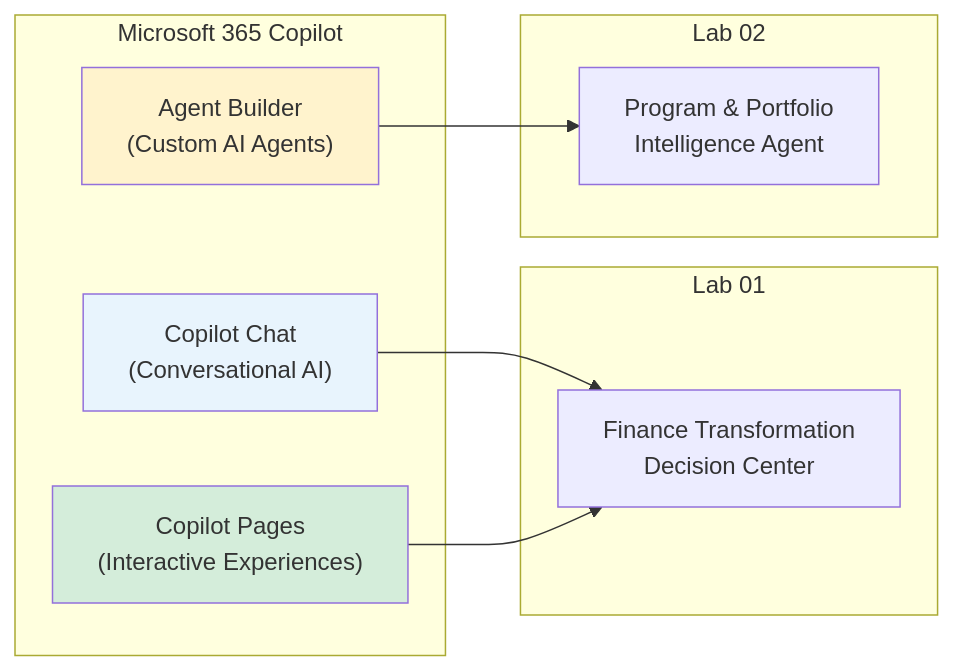
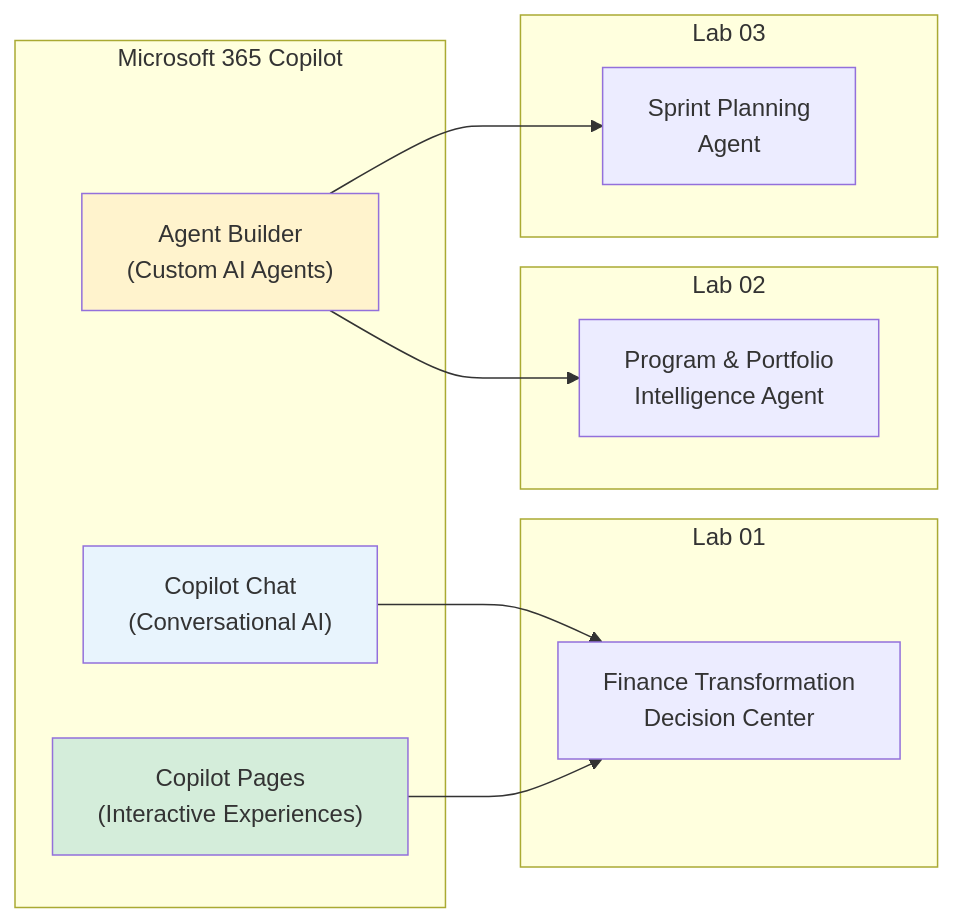
One commit to UID-Technologies/webinar-m365-copilot changed the first of 2 diagrams in README.md. Above: the diagram before and after it, drawn with Mermaid. The commit also changed other lines of this file and 21 other files, not shown here.

````diff
--- a/README.md
+++ b/README.md
@@ -25,24 +56,29 @@
 ```mermaid
 flowchart LR
     subgraph M365["Microsoft 365 Copilot"]
         CHAT["Copilot Chat<br/>(Conversational AI)"]
         PAGES["Copilot Pages<br/>(Interactive Experiences)"]
         AGENTS["Agent Builder<br/>(Custom AI Agents)"]
     end
 
     subgraph Lab1["Lab 01"]
         L1["Finance Transformation<br/>Decision Center"]
     end
 
     subgraph Lab2["Lab 02"]
         L2["Program & Portfolio<br/>Intelligence Agent"]
     end
 
+    subgraph Lab3["Lab 03"]
+        L3["Sprint Planning<br/>Agent"]
+    end
+
     CHAT --> L1
     PAGES --> L1
     AGENTS --> L2
+    AGENTS --> L3
 
     style CHAT fill:#e8f4fd
     style PAGES fill:#d4edda
     style AGENTS fill:#fff3cd
 ```
````
